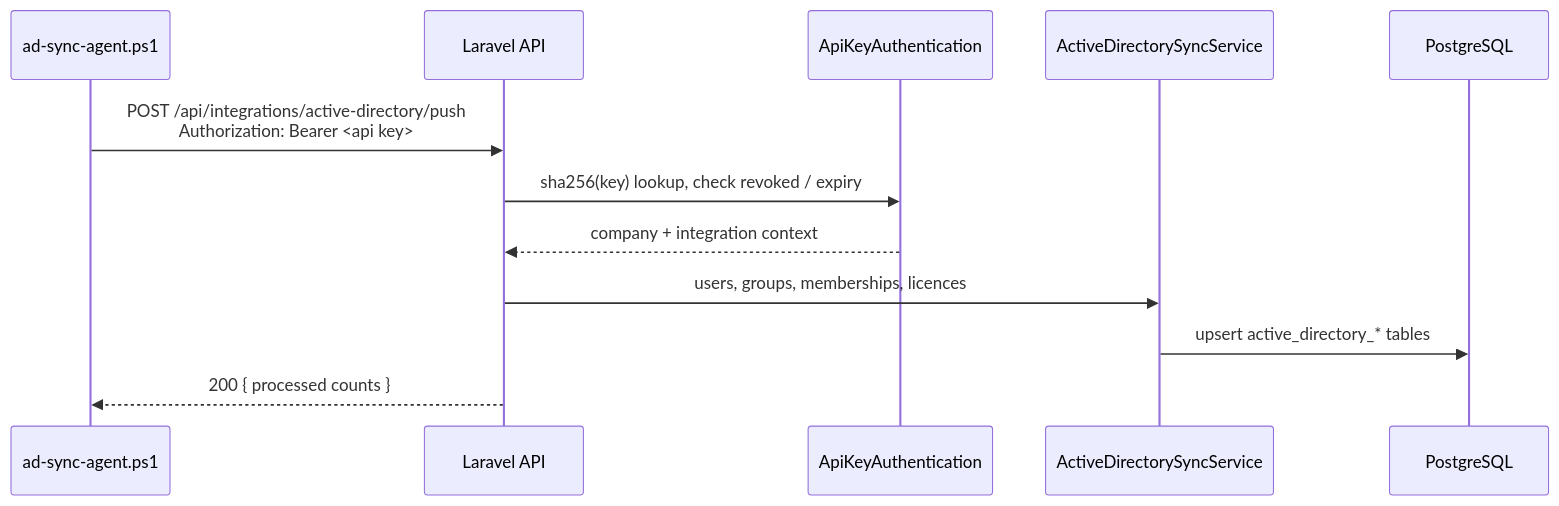
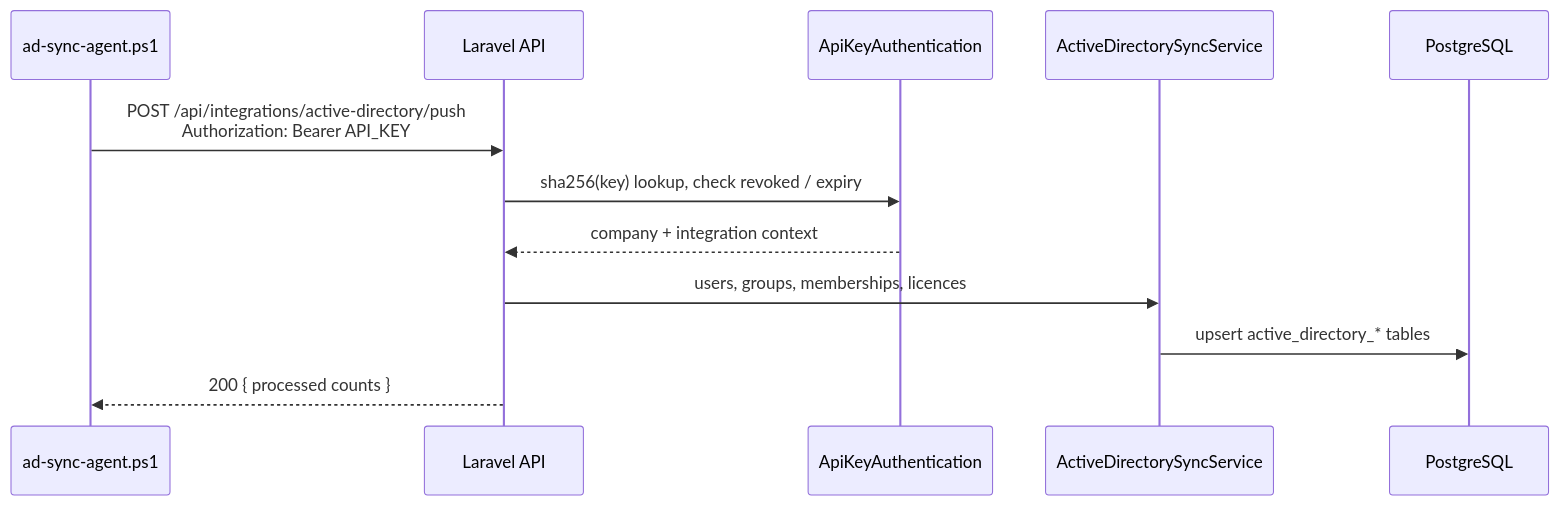
The ninth of 15 diagrams in README.md (oyedokunken/MSP-reports), drawn with Mermaid before and after one commit. The commit also changed other lines of this file, not shown here.

First line of the commit message:
docs: fix Mermaid render errors and move repository structure up

````diff
--- a/README.md
+++ b/README.md
@@ -396,15 +449,15 @@
 ```mermaid
 sequenceDiagram
     participant A as ad-sync-agent.ps1
     participant API as Laravel API
     participant MW as ApiKeyAuthentication
     participant S as ActiveDirectorySyncService
     participant DB as PostgreSQL
 
-    A->>API: POST /api/integrations/active-directory/push<br/>Authorization: Bearer <api key>
+    A->>API: POST /api/integrations/active-directory/push<br/>Authorization: Bearer API_KEY
     API->>MW: sha256(key) lookup, check revoked / expiry
     MW-->>API: company + integration context
     API->>S: users, groups, memberships, licences
     S->>DB: upsert active_directory_* tables
     API-->>A: 200 { processed counts }
 ```
````
